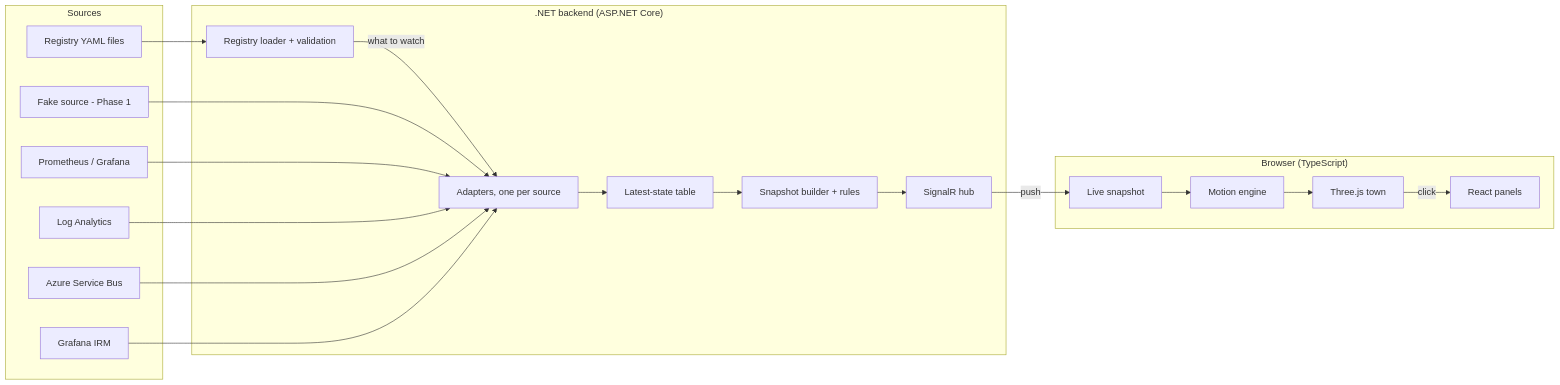
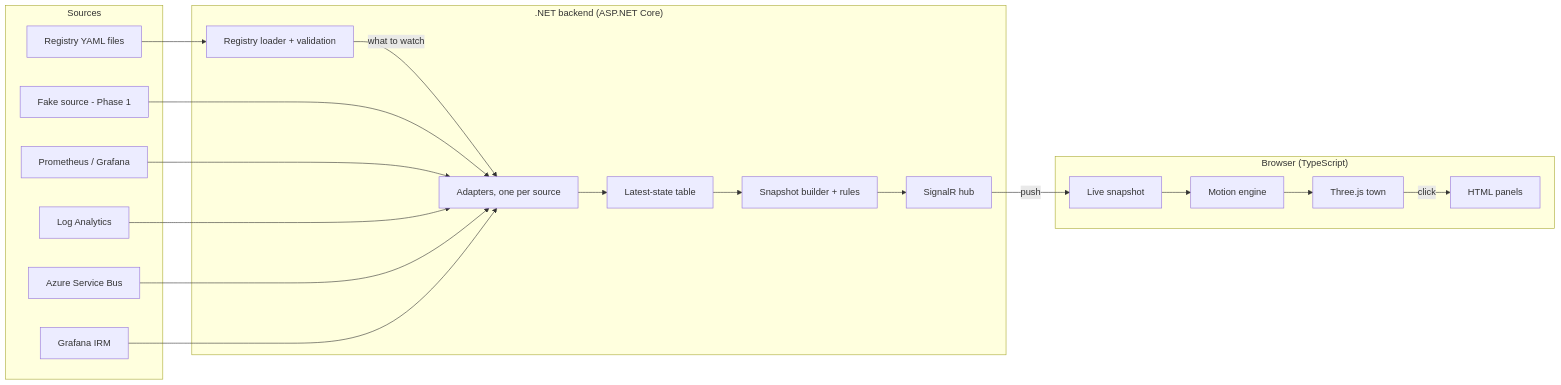
Before and after one commit to dcarles/ObservabilityCity: the diagram in docs/observability-city-plan.md, drawn with Mermaid. The commit also changed other lines of this file and 5 other files, not shown here.

````diff
--- a/docs/observability-city-plan.md
+++ b/docs/observability-city-plan.md
@@ -49,21 +49,21 @@
 ```mermaid
 flowchart LR
   subgraph Sources
     R[Registry YAML files]
     F[Fake source - Phase 1]
     P[Prometheus / Grafana]
     L[Log Analytics]
     S[Azure Service Bus]
     I[Grafana IRM]
   end
   subgraph Backend[".NET backend (ASP.NET Core)"]
     RL[Registry loader + validation] -->|what to watch| AD[Adapters, one per source]
     AD --> ST[Latest-state table] --> SB[Snapshot builder + rules] --> HUB[SignalR hub]
   end
   subgraph Browser["Browser (TypeScript)"]
-    LS[Live snapshot] --> ME[Motion engine] --> TW[Three.js town] -->|click| RP[React panels]
+    LS[Live snapshot] --> ME[Motion engine] --> TW[Three.js town] -->|click| RP[HTML panels]
   end
   R --> RL
   F & P & L & S & I --> AD
   HUB -->|push| LS
 ```
````
